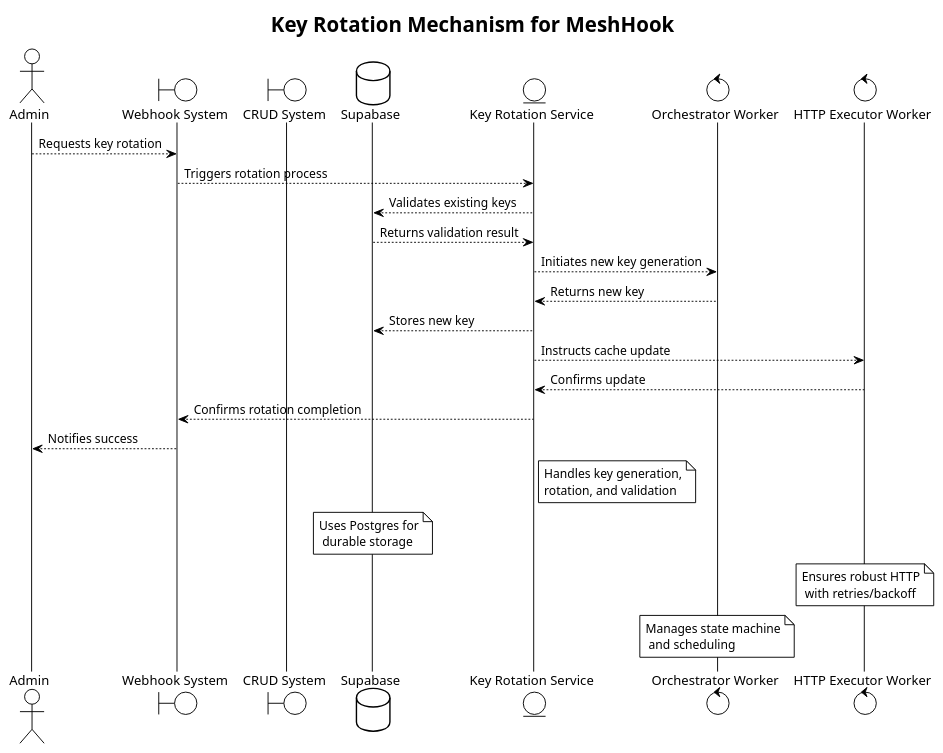
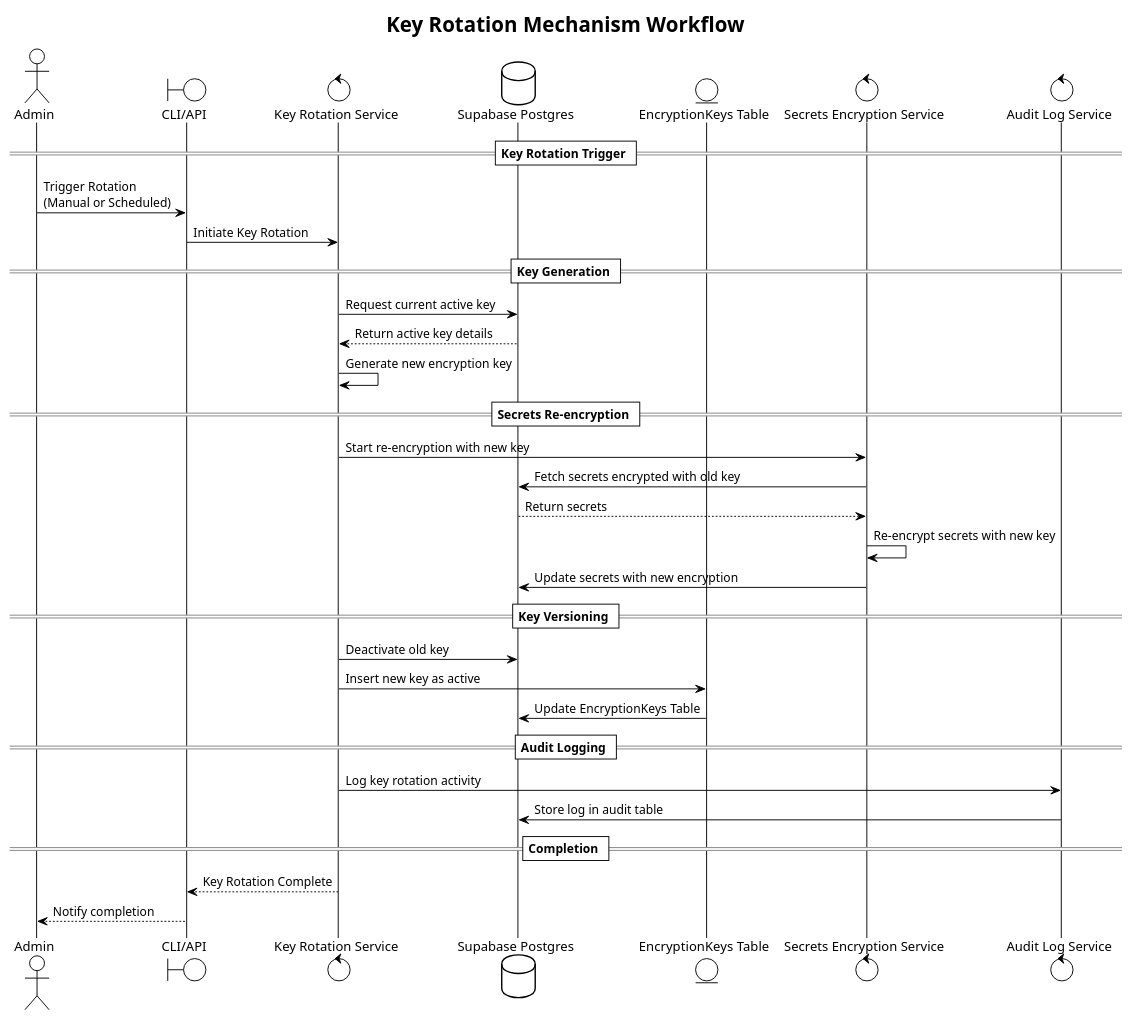
The diagram in docs/PRDs/146-key-rotation-mechanism.puml (profullstack/meshhook), drawn with PlantUML before and after one commit. The commit also changed 248 other files, not shown here.

```diff
--- a/docs/PRDs/146-key-rotation-mechanism.puml
+++ b/docs/PRDs/146-key-rotation-mechanism.puml
@@ -1,34 +1,43 @@
 @startuml
 !theme plain
 
-title Key Rotation Mechanism for MeshHook
+title Key Rotation Mechanism Workflow
 
-actor Admin
-boundary "Webhook System" as Webhook
-boundary "CRUD System" as CRUD
-database "Supabase" as DB
-entity "Key Rotation Service" as KRS
-control "Orchestrator Worker" as OW
-control "HTTP Executor Worker" as HEW
+actor Admin as admin
+boundary "CLI/API" as cli
+control "Key Rotation Service" as krs
+database "Supabase Postgres" as db
+entity "EncryptionKeys Table" as ekt
+control "Secrets Encryption Service" as ses
+control "Audit Log Service" as als
 
-Admin --> Webhook : Requests key rotation
-Webhook --> KRS : Triggers rotation process
-KRS --> DB : Validates existing keys
-DB --> KRS : Returns validation result
-KRS --> OW : Initiates new key generation
-OW --> KRS : Returns new key
-KRS --> DB : Stores new key
-KRS --> HEW : Instructs cache update
-HEW --> KRS : Confirms update
-KRS --> Webhook : Confirms rotation completion
-Webhook --> Admin : Notifies success
+== Key Rotation Trigger ==
+admin -> cli : Trigger Rotation\n(Manual or Scheduled)
+cli -> krs : Initiate Key Rotation
 
-note right of KRS : Handles key generation,\nrotation, and validation
+== Key Generation ==
+krs -> db : Request current active key
+db --> krs : Return active key details
+krs -> krs : Generate new encryption key
 
-note over DB : Uses Postgres for\n durable storage
+== Secrets Re-encryption ==
+krs -> ses : Start re-encryption with new key
+ses -> db : Fetch secrets encrypted with old key
+db --> ses : Return secrets
+ses -> ses : Re-encrypt secrets with new key
+ses -> db : Update secrets with new encryption
 
-note over HEW : Ensures robust HTTP\n with retries/backoff
+== Key Versioning ==
+krs -> db : Deactivate old key
+krs -> ekt : Insert new key as active
+ekt -> db : Update EncryptionKeys Table
 
-note over OW : Manages state machine\n and scheduling
+== Audit Logging ==
+krs -> als : Log key rotation activity
+als -> db : Store log in audit table
+
+== Completion ==
+krs --> cli : Key Rotation Complete
+cli --> admin : Notify completion
 
 @enduml
```
